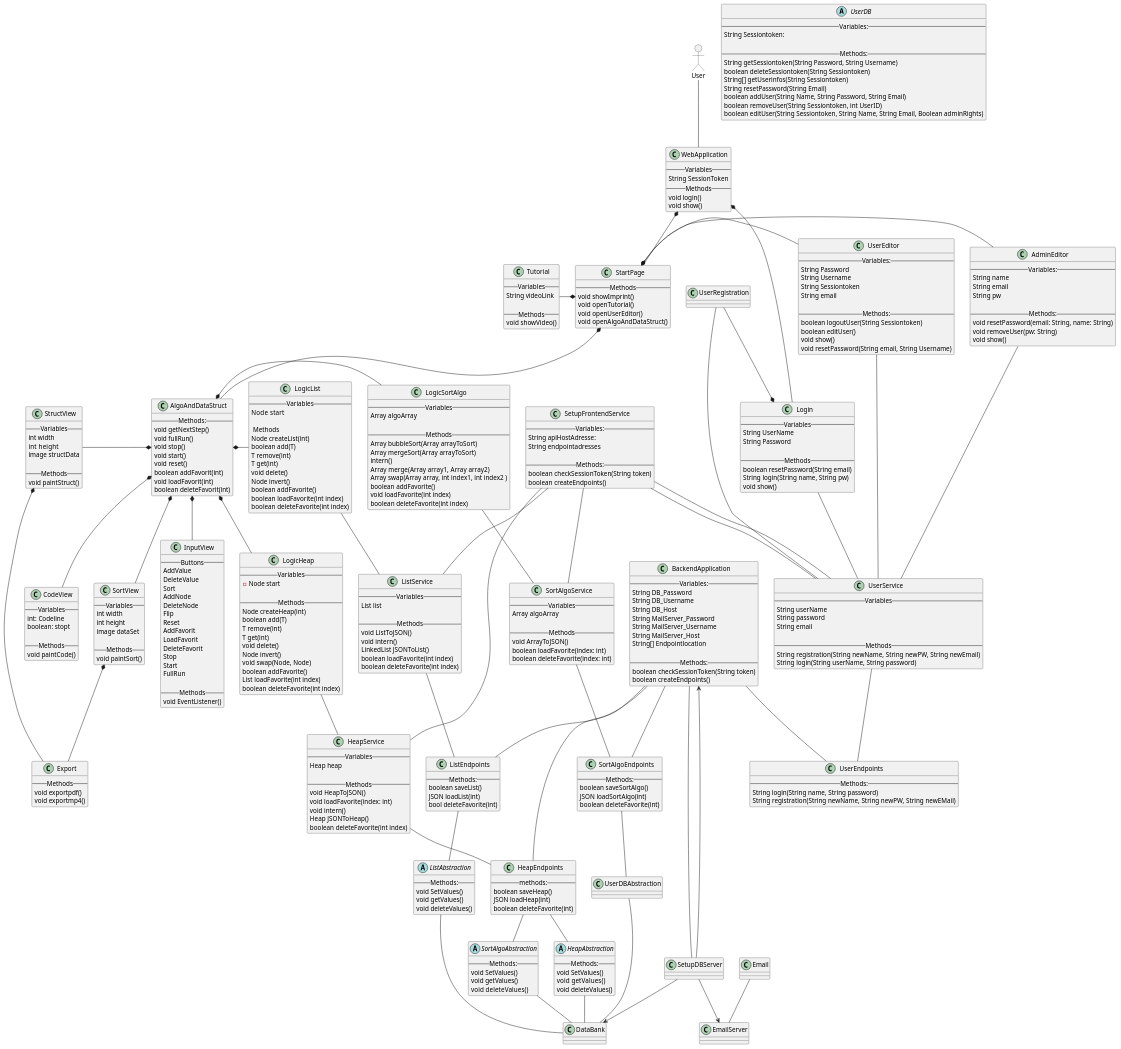
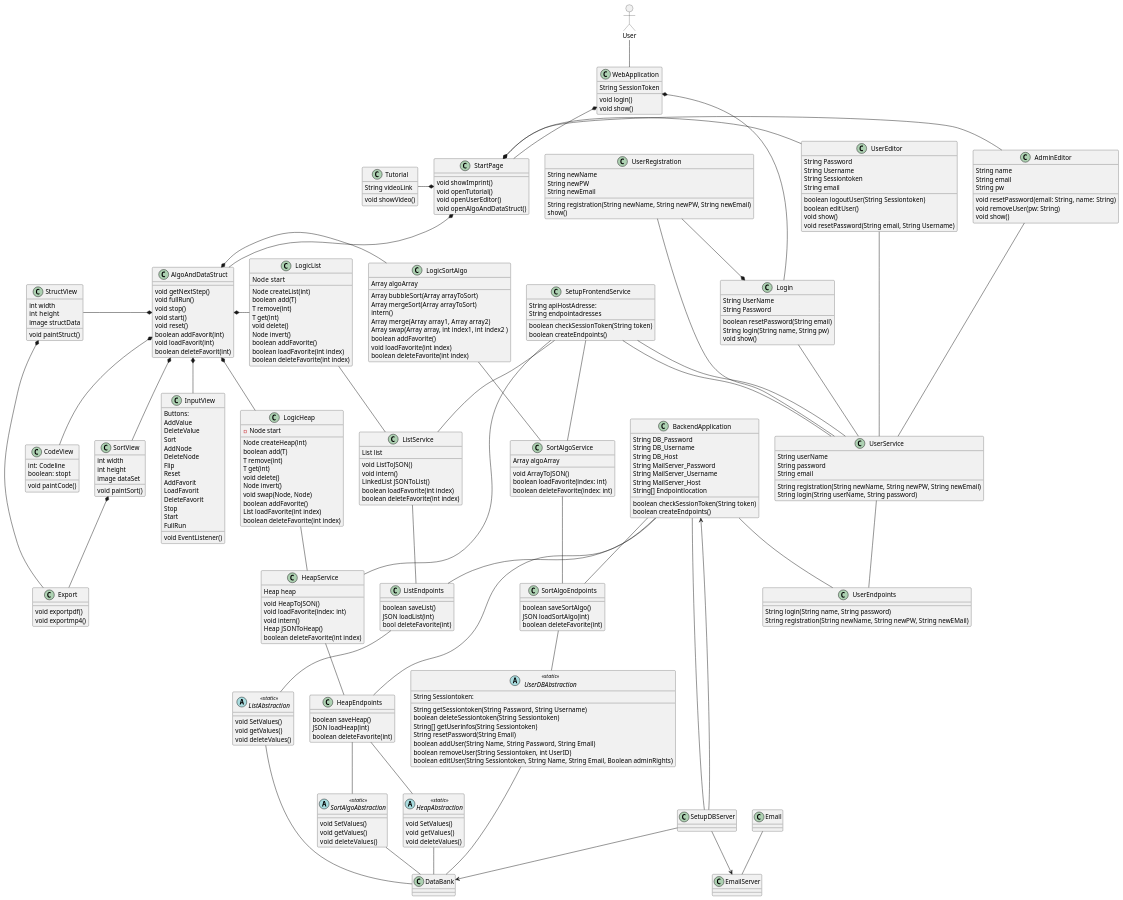
The diagram in Meilensteine/Meilenstein_03/.templates/UMLKlassendiagramm.puml (schmidti2002/Softwarepraktikum), drawn with PlantUML before and after one commit. The commit also changed 1 other file, not shown here.

Commit message:
Klassendiagramm - edit add static

```diff
--- a/Meilensteine/Meilenstein_03/.templates/UMLKlassendiagramm.puml
+++ b/Meilensteine/Meilenstein_03/.templates/UMLKlassendiagramm.puml
@@ -4,52 +4,54 @@
 actor User
 
 class WebApplication {
-  --Variables--
   String SessionToken
-  --Methods--
+
   void login()
   void show()
 }
 
 class StartPage {
-  --Methods--
+
   void showImprint()
   void openTutorial()
   void openUserEditor()
   void openAlgoAndDataStruct()
 }
 
+class UserRegistration {
+  String newName
+  String newPW
+  String newEmail
+
+  String registration(String newName, String newPW, String newEmail)
+show()
+}
+
 class Login {
-  --Variables--
   String UserName
   String Password
 
-  --Methods--
   boolean resetPassword(String email)
   String login(String name, String pw)
   void show()
 }
 
 class AdminEditor {
-  --Variables:--
   String name
   String email
   String pw
 
-  --Methods:--
   void resetPassword(email: String, name: String)
   void removeUser(pw: String)
   void show()
 }
 
 class UserEditor {
-  --Variables:--
     String Password
     String Username
     String Sessiontoken
     String email
 
-  --Methods:--
     boolean logoutUser(String Sessiontoken)
     boolean editUser()
     void show()
@@ -57,16 +59,14 @@
 }
 
 class Tutorial {
-  --Variables--
   String videoLink
 
-  --Methods--
   void showVideo()
 }
 
 
 class AlgoAndDataStruct {
-  --Methods:--
+
     void getNextStep()
     void fullRun()
     void stop()
@@ -78,27 +78,23 @@
 }
 
 class SortView {
-  -- Variables --
    int width
    int height
    image dataSet
 
-  -- Methods --
    void paintSort()
 }
 
 class StructView {
-  -- Variables --
     int width
     int  height
     image structData
 
-  -- Methods --
    void paintStruct()
 }
 
 class InputView {
-    -- Buttons --
+    Buttons:
       AddValue
       DeleteValue
       Sort
@@ -113,41 +109,33 @@
       Start
       FullRun
 
-   -- Methods --
    void EventListener()
 }
 
 class CodeView {
-  -- Variables --
   int: Codeline
   boolean: stopt
 
-  -- Methods --
    void paintCode()
 }
 
 class Export {
-  -- Methods --
   void exportpdf()
   void exportmp4()
 }
 
 class UserService {
-  -- Variables --
    String userName
    String password
    String email
 
-  -- Methods --
   String registration(String newName, String newPW, String newEmail)
   String login(String userName, String password)
 }
 
 class LogicSortAlgo {
-  -- Variables --
     Array algoArray
 
-  -- Methods --
   Array bubbleSort(Array arrayToSort)
   Array mergeSort(Array arrayToSort)
   intern()
@@ -159,10 +147,8 @@
 }
 
 class LogicHeap {
-  -- Variables --
   - Node start
 
-  -- Methods --
   Node createHeap(int)
   boolean add(T)
   T remove(int)
@@ -176,10 +162,8 @@
 }
 
 class LogicList {
- -- Variables --
   Node  start
 
-  -- Methods --
   Node createList(int)
   boolean add(T)
   T remove(int)
@@ -193,20 +177,16 @@
 
 
 class SortAlgoService {
-  -- Variables --
     Array algoArray
 
-  -- Methods --
   void ArrayToJSON()
   boolean loadFavorite(index: int)
   boolean deleteFavorite(index: int)
 }
 
 class HeapService {
-  -- Variables --
    Heap heap
 
-  -- Methods --
   void HeapToJSON()
   void loadFavorite(index: int)
   void intern()
@@ -215,10 +195,8 @@
 }
 
 class ListService {
-  -- Variables --
    List list
 
-  -- Methods --
   void ListToJSON()
   void intern()
   LinkedList JSONToList()
@@ -227,17 +205,14 @@
 }
 
 class SetupFrontendService {
-  -- Variables: --
   String apiHostAdresse:
   String endpointadresses
 
-  -- Methods: --
   boolean checkSessionToken(String token)
   boolean createEndpoints()
 }
 
 class BackendApplication {
-  -- Variables: --
   String DB_Password
   String DB_Username
   String DB_Host
@@ -246,43 +221,40 @@
   String MailServer_Host
   String[] Endpointlocation
 
-  -- Methods: --
   boolean checkSessionToken(String token)
   boolean createEndpoints()
 }
 
 class UserEndpoints {
-  -- Methods: --
+
   String login(String name, String password)
   String registration(String newName, String newPW, String newEMail)
 }
 
 class SortAlgoEndpoints {
-  -- Methods: --
+
   boolean saveSortAlgo()
   JSON loadSortAlgo(int)
   boolean deleteFavorite(int)
 }
 
 class HeapEndpoints {
-  -- methods: --
+
    boolean saveHeap()
    JSON loadHeap(int)
    boolean deleteFavorite(int)
 }
 
 class ListEndpoints {
-  -- Methods: --
+
   boolean saveList()
   JSON loadList(int)
   bool deleteFavorite(int)
 }
 
-abstract class UserDB {
-  -- Variables: --
+abstract class  UserDBAbstraction  <<static>>{
   String Sessiontoken:
 
-  -- Methods: --
   String getSessiontoken(String Password, String Username)
   boolean deleteSessiontoken(String Sessiontoken)
   String[] getUserinfos(String Sessiontoken)
@@ -292,22 +264,22 @@
   boolean editUser(String Sessiontoken, String Name, String Email, Boolean adminRights)
 }
 
-abstract class SortAlgoAbstraction {
-  -- Methods: --
+abstract class SortAlgoAbstraction  <<static>> {
+
    void SetValues()
    void getValues()
    void  deleteValues()
 }
 
-abstract class HeapAbstraction {
-  -- Methods: --
+abstract class HeapAbstraction  <<static>> {
+
    void SetValues()
    void  getValues()
    void deleteValues()
 }
 
-abstract class ListAbstraction {
-  -- Methods: --
+abstract class ListAbstraction  <<static>>{
+
    void SetValues()
    void getValues()
    void deleteValues()
```
